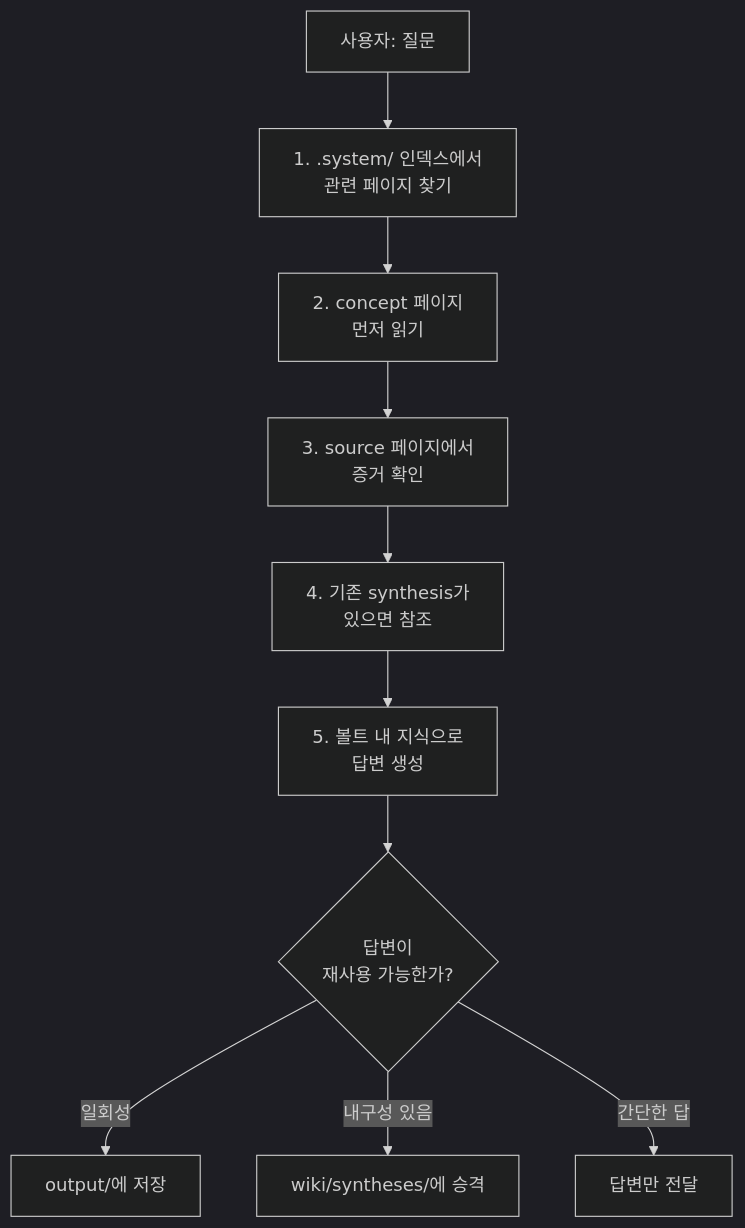
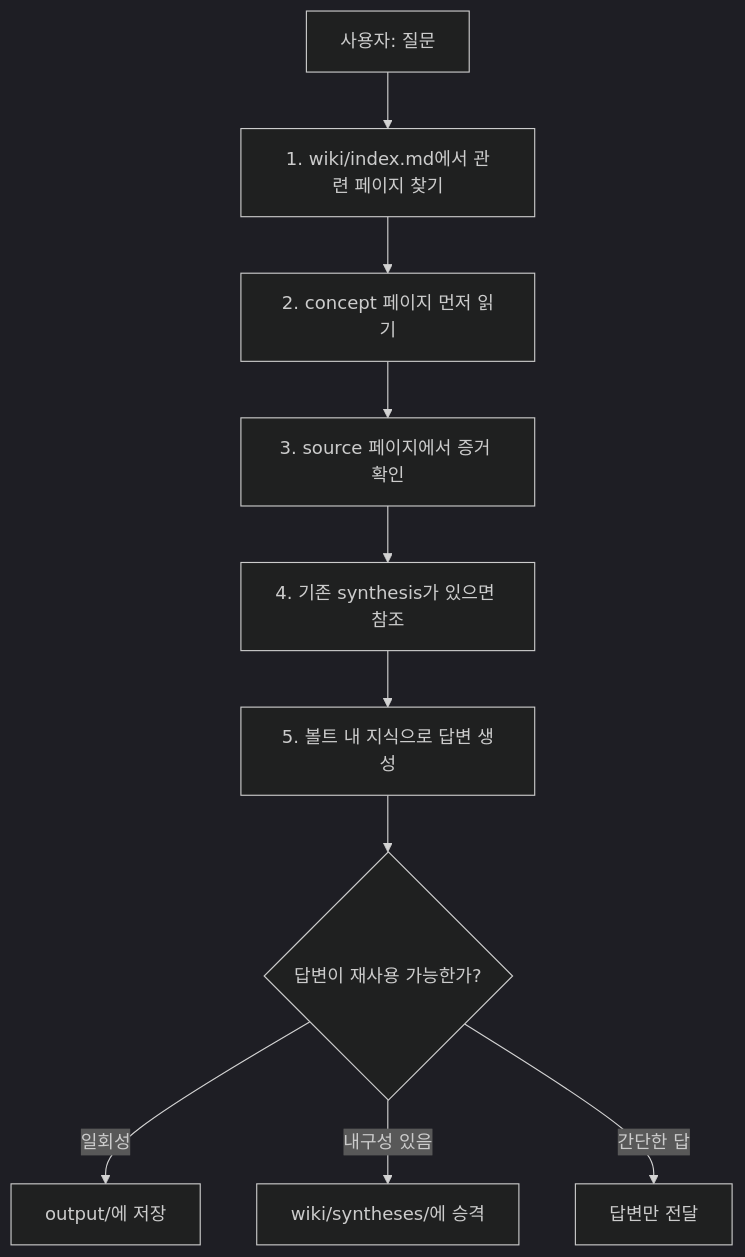
The fifth of 10 diagrams in docs/vault-system-guide.md (bjw202/Vault), drawn with Mermaid (dark theme) before and after one commit. The commit also changed other lines of this file and 6 other files, not shown here.

````diff
--- a/docs/vault-system-guide.md
+++ b/docs/vault-system-guide.md
@@ -161,13 +171,13 @@
 ```mermaid
 flowchart TB
-    Q["사용자: 질문"] --> IDX["1. .system/ 인덱스에서<br/>관련 페이지 찾기"]
-    IDX --> CONCEPT["2. concept 페이지<br/>먼저 읽기"]
-    CONCEPT --> SOURCE["3. source 페이지에서<br/>증거 확인"]
-    SOURCE --> SYNTH["4. 기존 synthesis가<br/>있으면 참조"]
-    SYNTH --> ANSWER["5. 볼트 내 지식으로<br/>답변 생성"]
+    Q["사용자: 질문"] --> IDX["1. wiki/index.md에서 관련 페이지 찾기"]
+    IDX --> CONCEPT["2. concept 페이지 먼저 읽기"]
+    CONCEPT --> SOURCE["3. source 페이지에서 증거 확인"]
+    SOURCE --> SYNTH["4. 기존 synthesis가 있으면 참조"]
+    SYNTH --> ANSWER["5. 볼트 내 지식으로 답변 생성"]
 
-    ANSWER --> DECIDE{"답변이<br/>재사용 가능한가?"}
+    ANSWER --> DECIDE{"답변이 재사용 가능한가?"}
     DECIDE -->|"일회성"| OUTPUT["output/에 저장"]
     DECIDE -->|"내구성 있음"| PROMOTE["wiki/syntheses/에 승격"]
     DECIDE -->|"간단한 답"| DONE["답변만 전달"]
 ```
````
